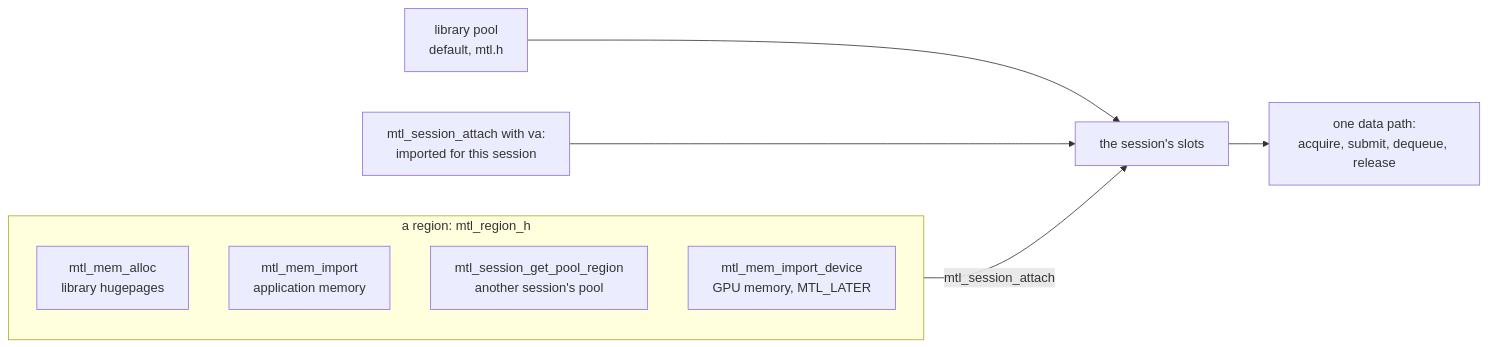
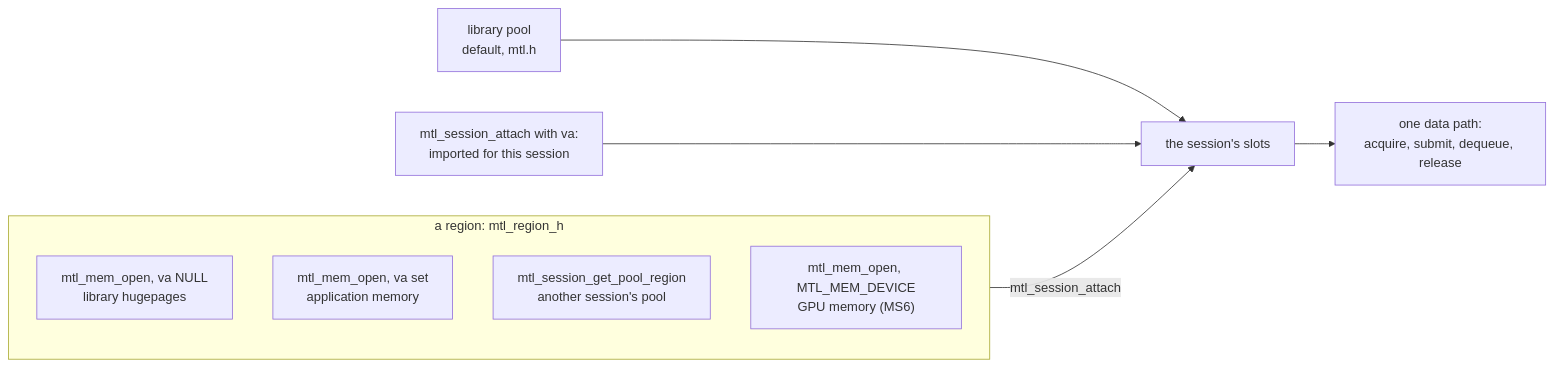
One commit to Sakoram/Media-Transport-Library changed diagram 39 of 56 in doc/unified-api/diagrams.md. Above: the diagram before and after it, drawn with Mermaid. The commit also changed other lines of this file and 56 other files, not shown here.

````diff
--- a/doc/unified-api/diagrams.md
+++ b/doc/unified-api/diagrams.md
@@ -941,14 +1051,14 @@
 ```mermaid
 flowchart LR
     LP["library pool<br/>default, mtl.h"] --> SL["the session's slots"]
     subgraph REG["a region: mtl_region_h"]
         direction TB
-        MA["mtl_mem_alloc<br/>library hugepages"]
-        MI["mtl_mem_import<br/>application memory"]
+        MA["mtl_mem_open, va NULL<br/>library hugepages"]
+        MI["mtl_mem_open, va set<br/>application memory"]
         PR["mtl_session_get_pool_region<br/>another session's pool"]
-        MD["mtl_mem_import_device<br/>GPU memory, MTL_LATER"]
+        MD["mtl_mem_open, MTL_MEM_DEVICE<br/>GPU memory (MS6)"]
     end
     REG -->|"mtl_session_attach"| SL
     AV["mtl_session_attach with va:<br/>imported for this session"] --> SL
     SL --> V["one data path:<br/>acquire, submit, dequeue, release"]
 ```
````
